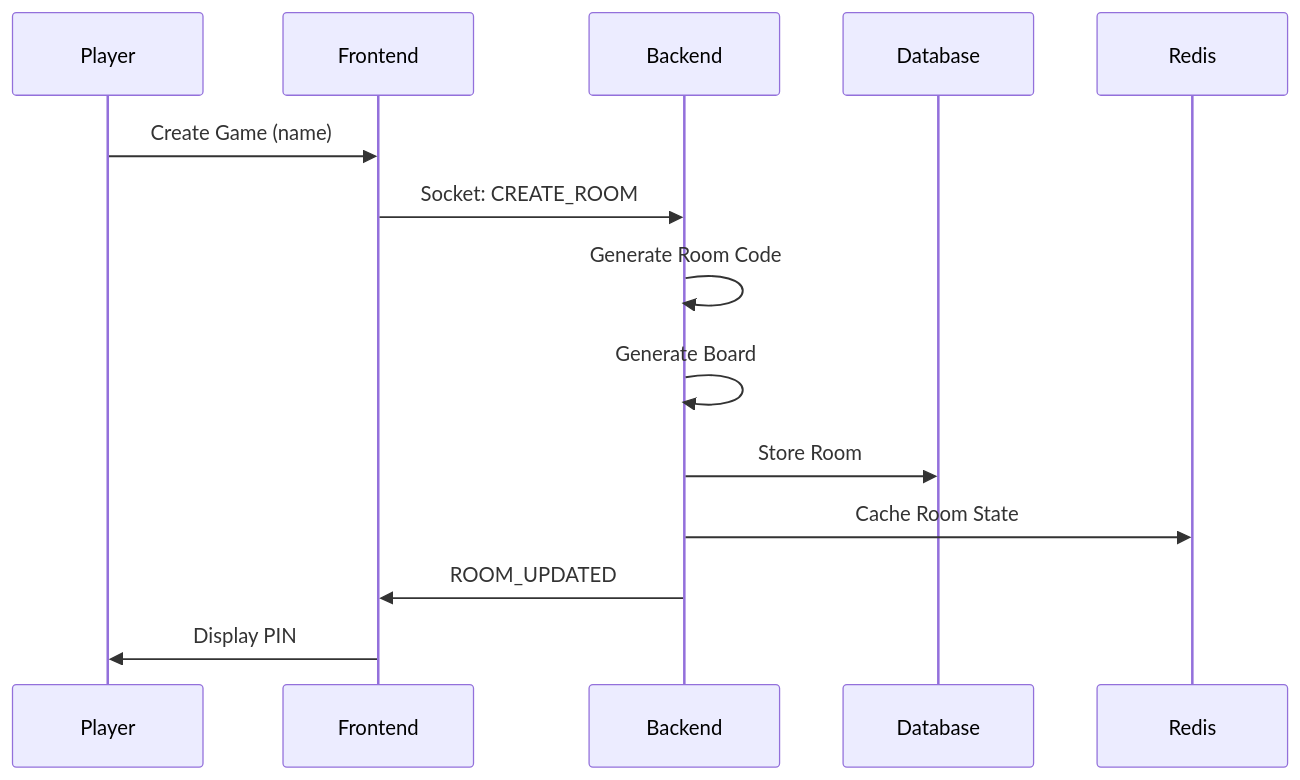
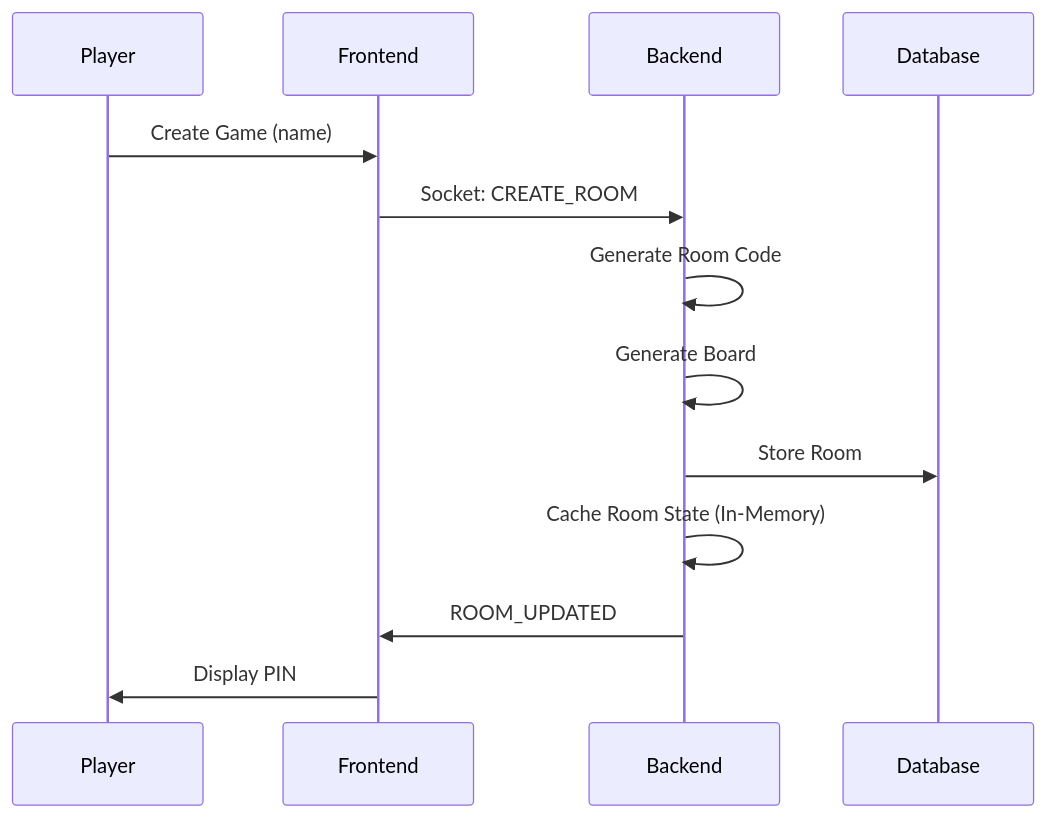
Before and after one commit to balburg/AlexDrikkelek: the second of 4 diagrams in docs/wiki/Architecture.md, drawn with Mermaid. The commit also changed other lines of this file and 2 other files, not shown here.

Commit message:
wiki: update Home, Architecture, and Deployment to remove Redis references

````diff
--- a/docs/wiki/Architecture.md
+++ b/docs/wiki/Architecture.md
@@ -166,17 +166,16 @@
 ```mermaid
 sequenceDiagram
     participant P as Player
     participant F as Frontend
     participant B as Backend
     participant DB as Database
-    participant R as Redis
     
     P->>F: Create Game (name)
     F->>B: Socket: CREATE_ROOM
     B->>B: Generate Room Code
     B->>B: Generate Board
     B->>DB: Store Room
-    B->>R: Cache Room State
+    B->>B: Cache Room State (In-Memory)
     B->>F: ROOM_UPDATED
     F->>P: Display PIN
 ```
````
